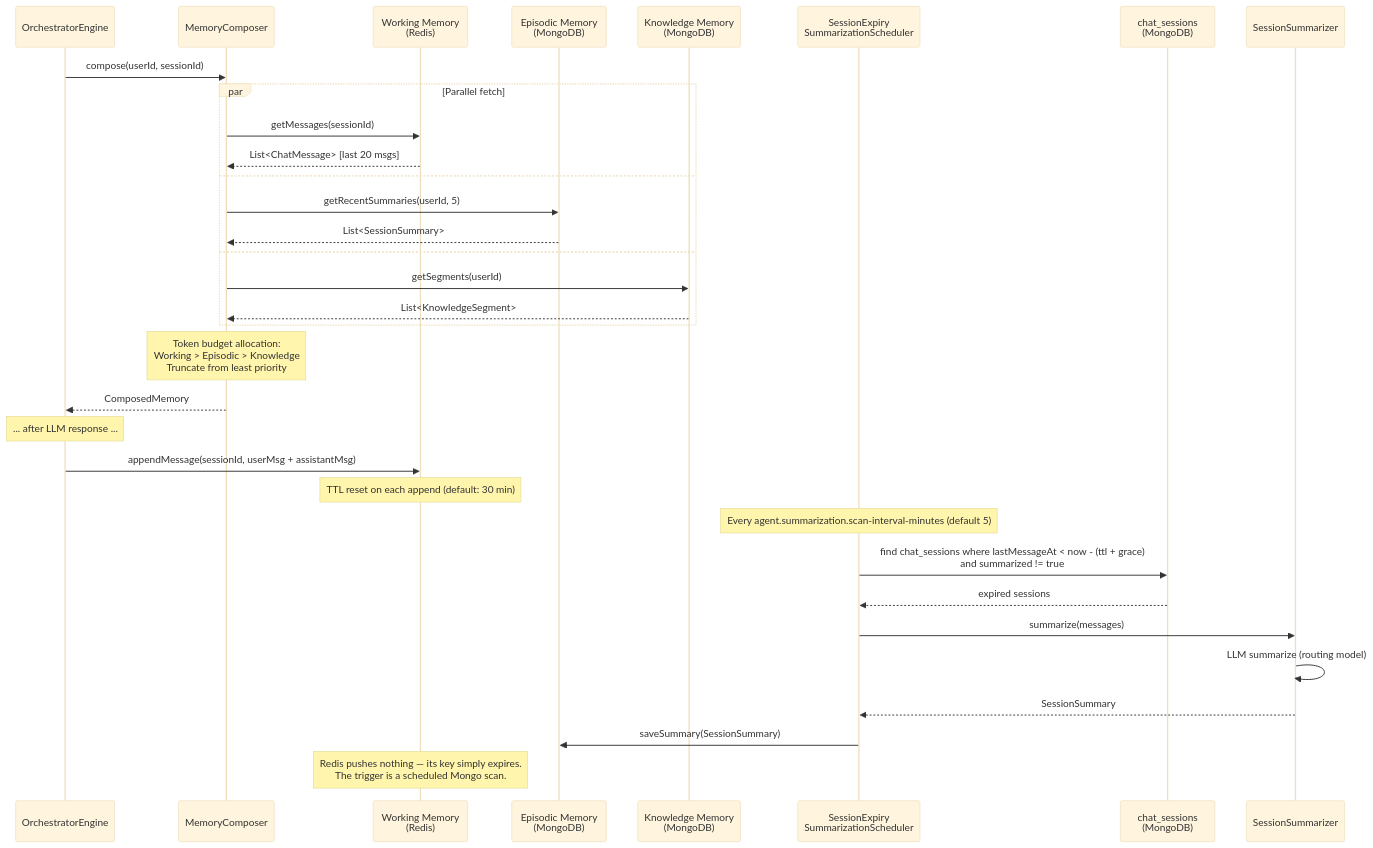
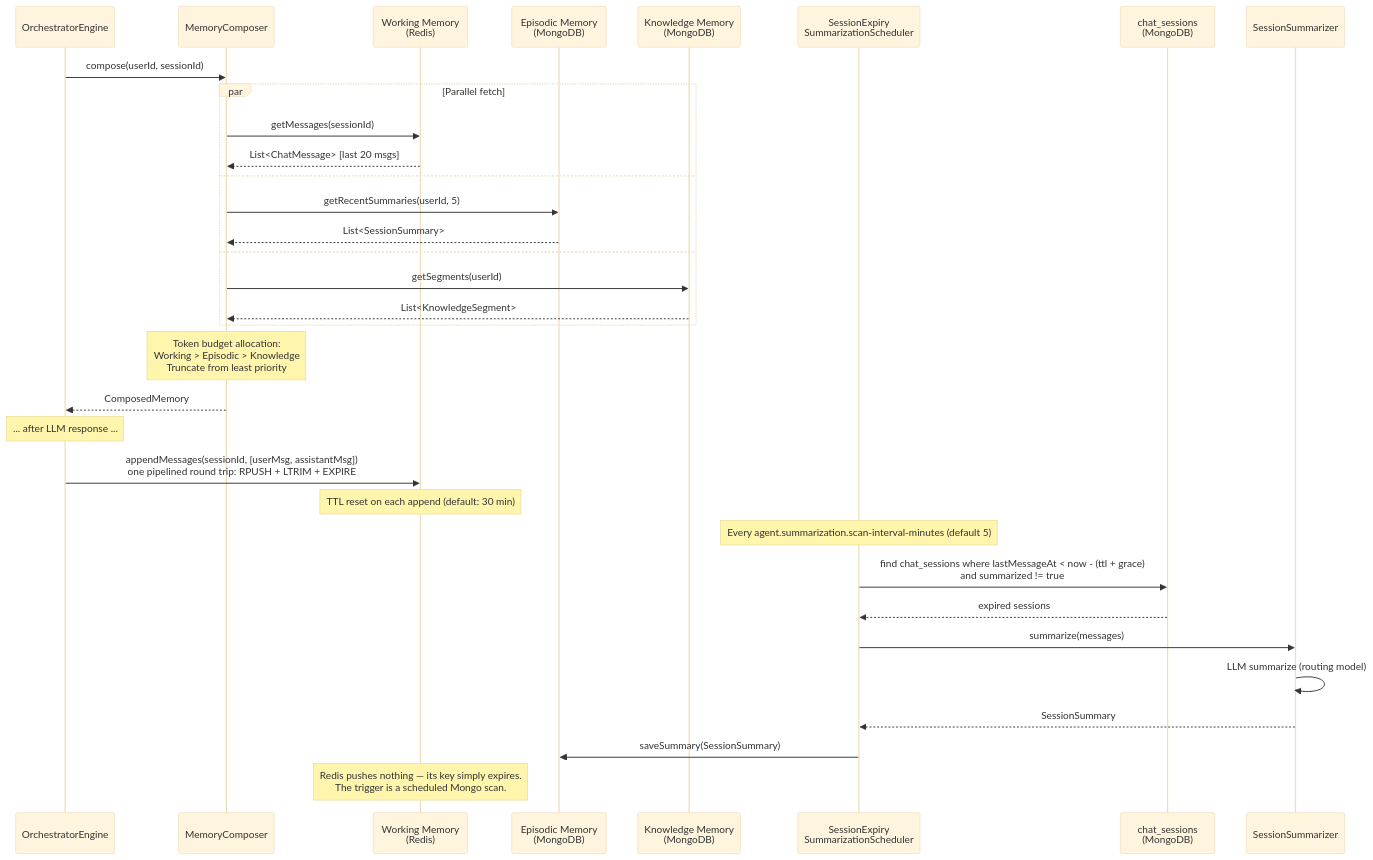
Before and after one commit to GiskardB/gargantua: the third of 8 diagrams in docs/architecture-diagrams.md, drawn with Mermaid (base theme). The commit also changed 3 other files, not shown here.

````diff
--- a/docs/architecture-diagrams.md
+++ b/docs/architecture-diagrams.md
@@ -109,44 +109,44 @@
 ```mermaid
 sequenceDiagram
     participant Engine as OrchestratorEngine
     participant Composer as MemoryComposer
     participant Redis as Working Memory<br/>(Redis)
     participant Mongo_E as Episodic Memory<br/>(MongoDB)
     participant Mongo_K as Knowledge Memory<br/>(MongoDB)
     participant Scheduler as SessionExpiry<br/>SummarizationScheduler
     participant Mongo_S as chat_sessions<br/>(MongoDB)
     participant Summarizer as SessionSummarizer
 
     Engine->>Composer: compose(userId, sessionId)
 
     par Parallel fetch
         Composer->>Redis: getMessages(sessionId)
         Redis-->>Composer: List<ChatMessage> [last 20 msgs]
     and
         Composer->>Mongo_E: getRecentSummaries(userId, 5)
         Mongo_E-->>Composer: List<SessionSummary>
     and
         Composer->>Mongo_K: getSegments(userId)
         Mongo_K-->>Composer: List<KnowledgeSegment>
     end
 
     Note over Composer: Token budget allocation:<br/>Working > Episodic > Knowledge<br/>Truncate from least priority
 
     Composer-->>Engine: ComposedMemory
 
     Note over Engine: ... after LLM response ...
 
-    Engine->>Redis: appendMessage(sessionId, userMsg + assistantMsg)
+    Engine->>Redis: appendMessages(sessionId, [userMsg, assistantMsg])<br/>one pipelined round trip: RPUSH + LTRIM + EXPIRE
     Note over Redis: TTL reset on each append (default: 30 min)
 
     Note over Scheduler: Every agent.summarization.scan-interval-minutes (default 5)
 
     Scheduler->>Mongo_S: find chat_sessions where lastMessageAt < now - (ttl + grace)<br/>and summarized != true
     Mongo_S-->>Scheduler: expired sessions
     Scheduler->>Summarizer: summarize(messages)
     Summarizer->>Summarizer: LLM summarize (routing model)
     Summarizer-->>Scheduler: SessionSummary
     Scheduler->>Mongo_E: saveSummary(SessionSummary)
 
     Note over Redis: Redis pushes nothing — its key simply expires.<br/>The trigger is a scheduled Mongo scan.
 ```
````
